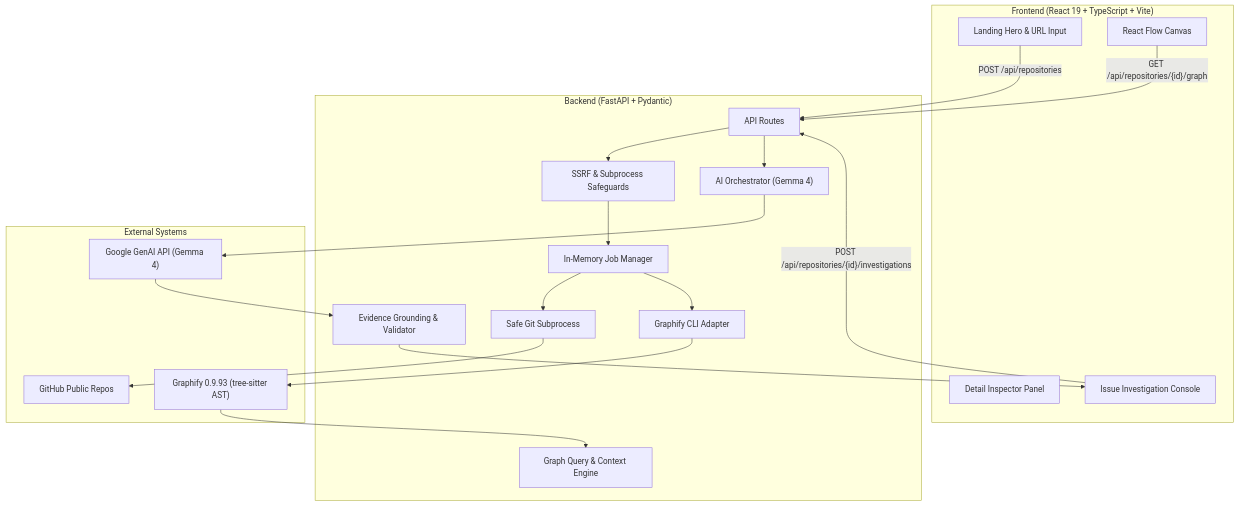
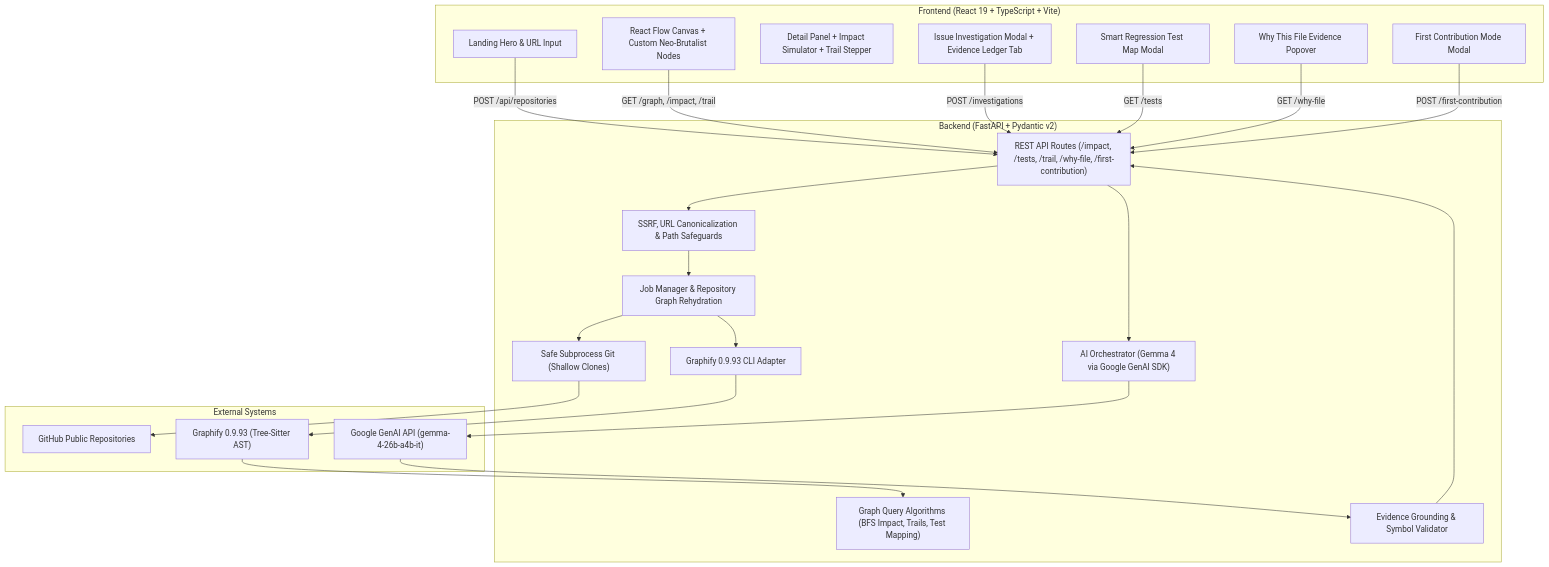
Before and after one commit to prathmeshmante-glitch/OpenTrail: the diagram in README.md, drawn with Mermaid. The commit also changed other lines of this file and 21 other files, not shown here.

Commit message:
feat: add evidence-first repository exploration tools

````diff
--- a/README.md
+++ b/README.md
@@ -33,36 +69,42 @@
 ```mermaid
 flowchart TD
     subgraph Frontend["Frontend (React 19 + TypeScript + Vite)"]
         UI_Home["Landing Hero & URL Input"]
-        UI_Canvas["React Flow Canvas"]
-        UI_Panel["Detail Inspector Panel"]
-        UI_Modal["Issue Investigation Console"]
+        UI_Canvas["React Flow Canvas + Custom Neo-Brutalist Nodes"]
+        UI_Detail["Detail Panel + Impact Simulator + Trail Stepper"]
+        UI_Invest["Issue Investigation Modal + Evidence Ledger Tab"]
+        UI_TestMap["Smart Regression Test Map Modal"]
+        UI_Contrib["First Contribution Mode Modal"]
+        UI_WhyFile["Why This File Evidence Popover"]
     end
 
-    subgraph Backend["Backend (FastAPI + Pydantic)"]
-        API_Route["API Routes"]
-        Sec_Guard["SSRF & Subprocess Safeguards"]
-        Job_Mgr["In-Memory Job Manager"]
-        Git_Svc["Safe Git Subprocess"]
-        Adp["Graphify CLI Adapter"]
-        Query_Engine["Graph Query & Context Engine"]
-        AI_Orch["AI Orchestrator (Gemma 4)"]
-        Val_Layer["Evidence Grounding & Validator"]
+    subgraph Backend["Backend (FastAPI + Pydantic v2)"]
+        API_Routes["REST API Routes (/impact, /tests, /trail, /why-file, /first-contribution)"]
+        Sec_Guard["SSRF, URL Canonicalization & Path Safeguards"]
+        Job_Mgr["Job Manager & Repository Graph Rehydration"]
+        Git_Svc["Safe Subprocess Git (Shallow Clones)"]
+        Adp["Graphify 0.9.93 CLI Adapter"]
+        Query_Engine["Graph Query Algorithms (BFS Impact, Trails, Test Mapping)"]
+        AI_Orch["AI Orchestrator (Gemma 4 via Google GenAI SDK)"]
+        Val_Layer["Evidence Grounding & Symbol Validator"]
     end
 
     subgraph External["External Systems"]
-        GH["GitHub Public Repos"]
-        Graphify["Graphify 0.9.93 (tree-sitter AST)"]
-        Gemma["Google GenAI API (Gemma 4)"]
+        GH["GitHub Public Repositories"]
+        Graphify["Graphify 0.9.93 (Tree-Sitter AST)"]
+        Gemma["Google GenAI API (gemma-4-26b-a4b-it)"]
     end
 
-    UI_Home -->|"POST /api/repositories"| API_Route
-    API_Route --> Sec_Guard --> Job_Mgr
+    UI_Home -->|"POST /api/repositories"| API_Routes
+    API_Routes --> Sec_Guard --> Job_Mgr
     Job_Mgr --> Git_Svc --> GH
     Job_Mgr --> Adp --> Graphify
     Graphify --> Query_Engine
-    UI_Canvas -->|"GET /api/repositories/{id}/graph"| API_Route
-    UI_Modal -->|"POST /api/repositories/{id}/investigations"| API_Route
-    API_Route --> AI_Orch --> Gemma
-    Gemma --> Val_Layer --> UI_Modal
+    UI_Canvas -->|"GET /graph, /impact, /trail"| API_Routes
+    UI_Invest -->|"POST /investigations"| API_Routes
+    UI_TestMap -->|"GET /tests"| API_Routes
+    UI_WhyFile -->|"GET /why-file"| API_Routes
+    UI_Contrib -->|"POST /first-contribution"| API_Routes
+    API_Routes --> AI_Orch --> Gemma
+    Gemma --> Val_Layer --> API_Routes
 ```
````
